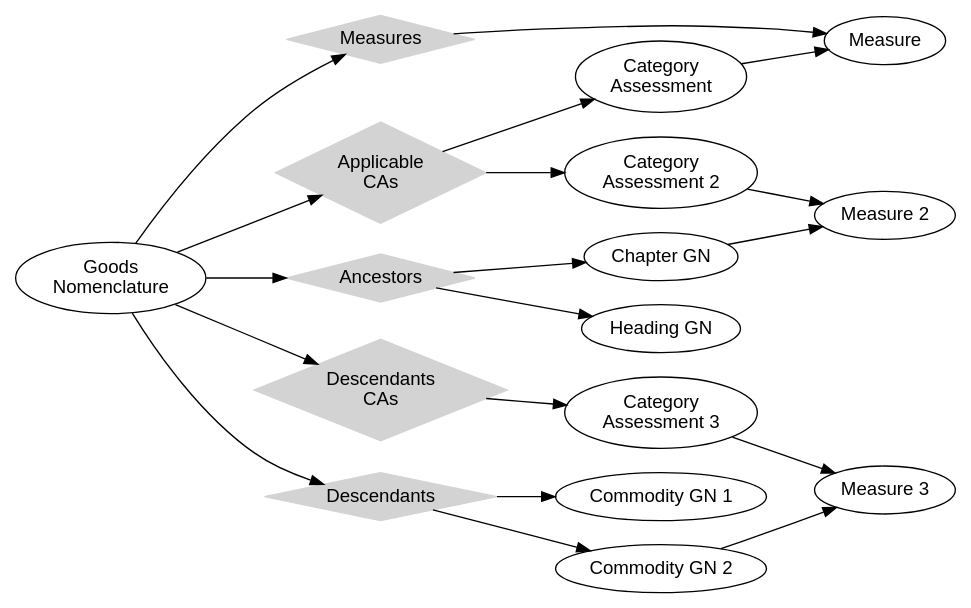
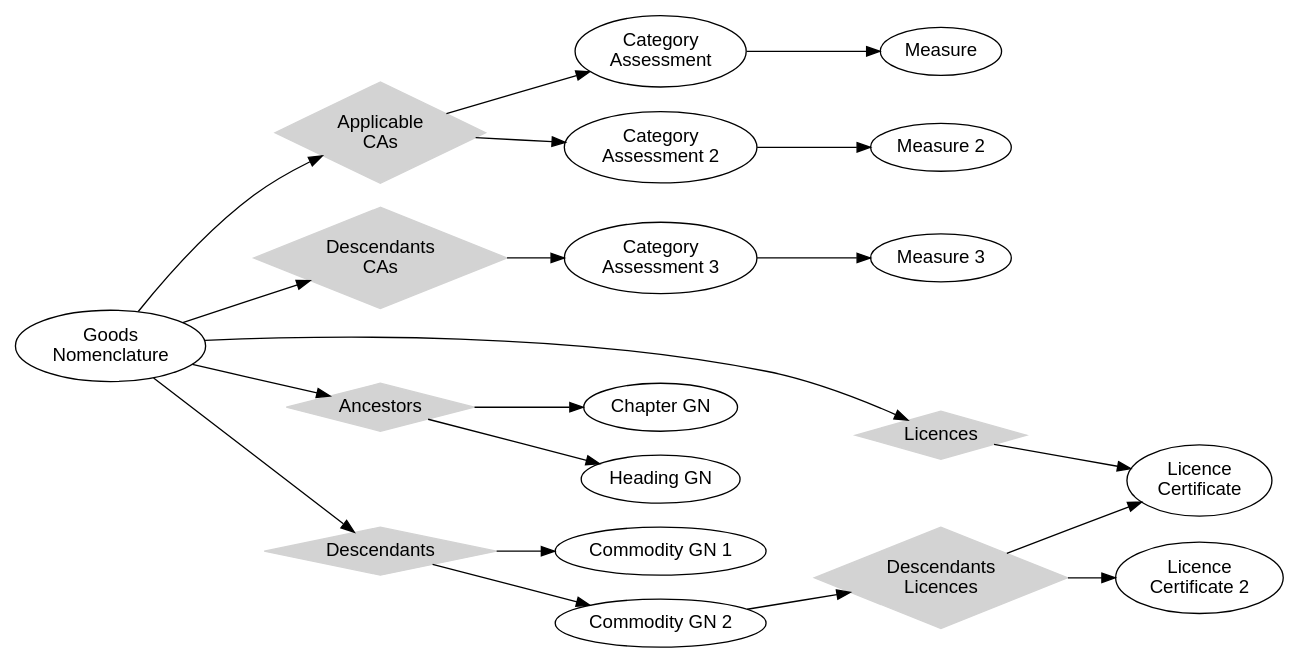
The diagram in source/graphviz/goods-nomenclature.dot (trade-tariff/trade-tariff-api-docs), drawn with Graphviz before and after one commit. The commit also changed 1 other file, not shown here.

Commit message:
GL-485 Added Licences to Green Lanes API reference

```diff
--- a/source/graphviz/goods-nomenclature.dot
+++ b/source/graphviz/goods-nomenclature.dot
@@ -1,33 +1,35 @@
 digraph {
     rankdir="LR"
     fontname="Arial,sans-serif"
     node [fontname="Arial,sans-serif"]
     edge [fontname="Arial,sans-serif"]
 
     node [shape=diamond,style=filled,color=lightgrey];
     "Applicable\nCAs";
     "Descendants\nCAs";
-    "Measures";
+    "Licences";
+    "Descendants\nLicences";
     "Ancestors";
     "Descendants";
 
     node [shape=ellipse,style=unfilled,color=black];
     "Goods\nNomenclature" -> "Applicable\nCAs"
-    "Goods\nNomenclature" -> "Measures"
+    "Goods\nNomenclature" -> "Licences"
     "Applicable\nCAs" -> "Category\nAssessment"
     "Category\nAssessment 2" -> "Measure 2"
     "Applicable\nCAs" -> "Category\nAssessment 2"
     "Category\nAssessment" -> "Measure"
     "Goods\nNomenclature" -> "Descendants\nCAs"
     "Descendants\nCAs" -> "Category\nAssessment 3"
     "Category\nAssessment 3" -> "Measure 3"
     "Goods\nNomenclature" -> "Ancestors"
     "Ancestors" -> "Chapter GN"
-    "Chapter GN" -> "Measure 2"
     "Ancestors" -> "Heading GN"
     "Goods\nNomenclature" -> "Descendants"
     "Descendants" -> "Commodity GN 1"
     "Descendants" -> "Commodity GN 2"
-    "Commodity GN 2" -> "Measure 3"
-    "Measures" -> "Measure"
+    "Licences" -> "Licence\nCertificate"
+    "Commodity GN 2" -> "Descendants\nLicences"
+    "Descendants\nLicences" -> "Licence\nCertificate"
+    "Descendants\nLicences" -> "Licence\nCertificate 2"
 }
```
